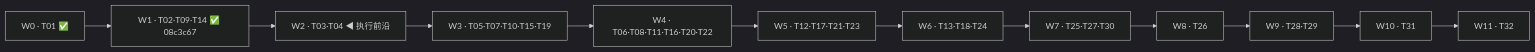
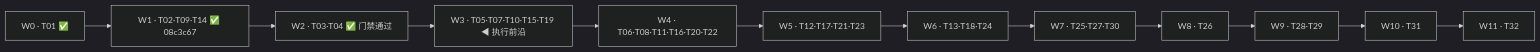
One commit to zxd15978684198/-enterprise_knowledge_work_platform- changed the diagram in docs/plans/2026-10-27-phase0-execution-plan.md. Above: the diagram before and after it, drawn with Mermaid (dark theme). The commit also changed other lines of this file and 2 other files, not shown here.

````diff
--- a/docs/plans/2026-10-27-phase0-execution-plan.md
+++ b/docs/plans/2026-10-27-phase0-execution-plan.md
@@ -124,14 +125,14 @@
 ```mermaid
 flowchart LR
     W0["W0 · T01 ✅"] --> W1["W1 · T02·T09·T14 ✅ 08c3c67"]
-    W1 --> W2["W2 · T03·T04 ◀ 执行前沿"]
-    W2 --> W3["W3 · T05·T07·T10·T15·T19"]
+    W1 --> W2["W2 · T03·T04 ✅ 门禁通过"]
+    W2 --> W3["W3 · T05·T07·T10·T15·T19 ◀ 执行前沿"]
     W3 --> W4["W4 · T06·T08·T11·T16·T20·T22"]
     W4 --> W5["W5 · T12·T17·T21·T23"]
     W5 --> W6["W6 · T13·T18·T24"]
     W6 --> W7["W7 · T25·T27·T30"]
     W7 --> W8["W8 · T26"]
     W8 --> W9["W9 · T28·T29"]
     W9 --> W10["W10 · T31"]
     W10 --> W11["W11 · T32"]
 ```
````
